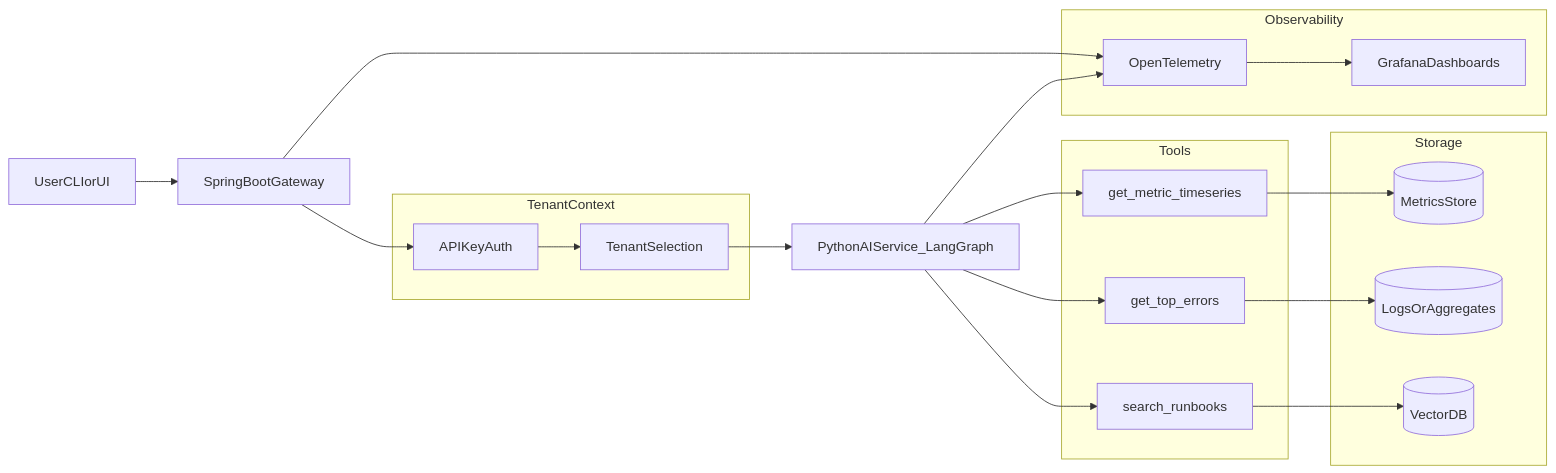
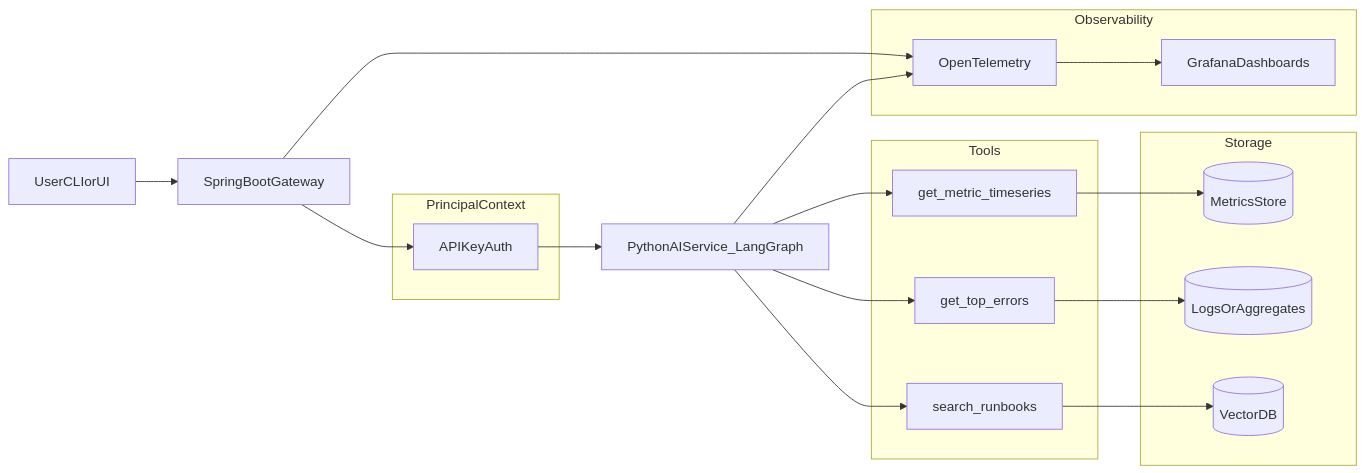
Before and after one commit to goyal-chintan/intelliOps: the second of 2 diagrams in docs/architecture.md, drawn with Mermaid. The commit also changed other lines of this file and 5 other files, not shown here.

````diff
--- a/docs/architecture.md
+++ b/docs/architecture.md
@@ -51,35 +57,34 @@
 ```mermaid
 flowchart LR
   User[UserCLIorUI] --> Gateway[SpringBootGateway]
 
-  subgraph TenantContext
+  subgraph PrincipalContext
     Auth[APIKeyAuth]
-    TenantSel[TenantSelection]
   end
 
-  Gateway --> Auth --> TenantSel --> AgentAPI[PythonAIService_LangGraph]
+  Gateway --> Auth --> AgentAPI[PythonAIService_LangGraph]
 
   subgraph Tools
     MetricsTool[get_metric_timeseries]
     ErrorsTool[get_top_errors]
     RunbookTool[search_runbooks]
   end
 
   subgraph Storage
     MetricsStore[(MetricsStore)]
     LogsStore[(LogsOrAggregates)]
     VecDB[(VectorDB)]
   end
 
   AgentAPI --> MetricsTool --> MetricsStore
   AgentAPI --> ErrorsTool --> LogsStore
   AgentAPI --> RunbookTool --> VecDB
 
   subgraph Observability
     OTEL[OpenTelemetry]
     Grafana[GrafanaDashboards]
   end
 
   Gateway --> OTEL
   AgentAPI --> OTEL --> Grafana
 ```
````
